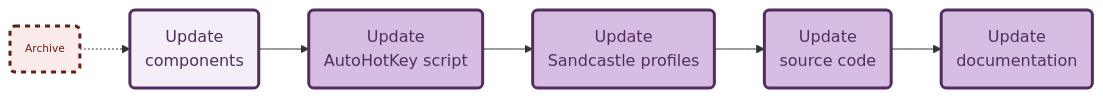
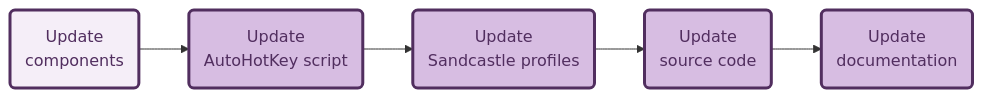
Before and after one commit to spectrum-health-systems/tingen-documentation: the third of 8 diagrams in Development/Workflows/workflows.md, drawn with Mermaid. The commit also changed other lines of this file, not shown here.

````diff
--- a/Development/Workflows/workflows.md
+++ b/Development/Workflows/workflows.md
@@ -114,18 +89,17 @@
   ```mermaid
   flowchart LR
     %% Components
-    Archive@{shape: rounded, label: "Archive"}
     UpdateComponents@{shape: rounded, label: "Update\ncomponents"}
     UpdateAutoHotKey@{shape: rounded, label: "Update\nAutoHotKey script"}
     UpdateSandCastleProfiles@{shape: rounded, label: "Update\nSandcastle profiles"}
     UpdateSourceCode@{shape: rounded, label: "Update\nsource code"}
     UpdateDocumentation@{shape: rounded, label: "Update\ndocumentation"}
     %% Layout
-    Archive:::R5_ -.->UpdateComponents:::P5_ --> UpdateAutoHotKey:::P6_ --> UpdateSandCastleProfiles:::P6_ -->  UpdateSourceCode:::P6_ --> UpdateDocumentation:::P6_
+    UpdateComponents:::P5_ --> UpdateAutoHotKey:::P6_ --> UpdateSandCastleProfiles:::P6_ -->  UpdateSourceCode:::P6_ --> UpdateDocumentation:::P6_
     %% Styles
     classDef R5_ stroke:#641e16,stroke-width:3px,stroke-dasharray: 5 5,fill:#f9ebea,color:#641e16,font-size:8pt
     classDef P5_ stroke:#512e5f,stroke-width:3px,fill:#f5eef8,color:#512e5f
     classDef P6_ stroke:#512e5f,stroke-width:3px,fill:#d7bde2,color:#512e5f
     %% Styles - Global
     classDef Hidden display: none;
   ```
````
